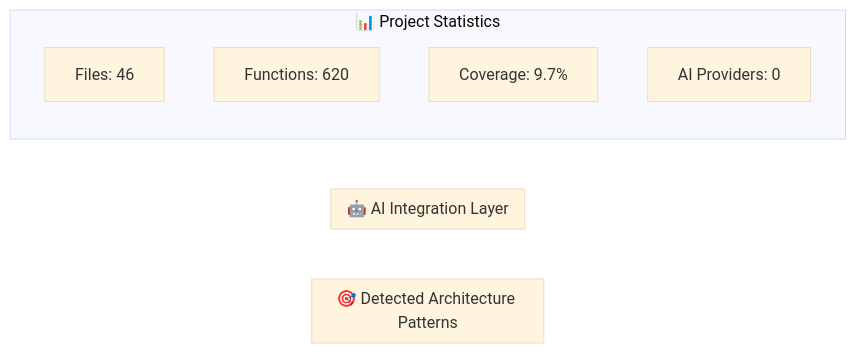
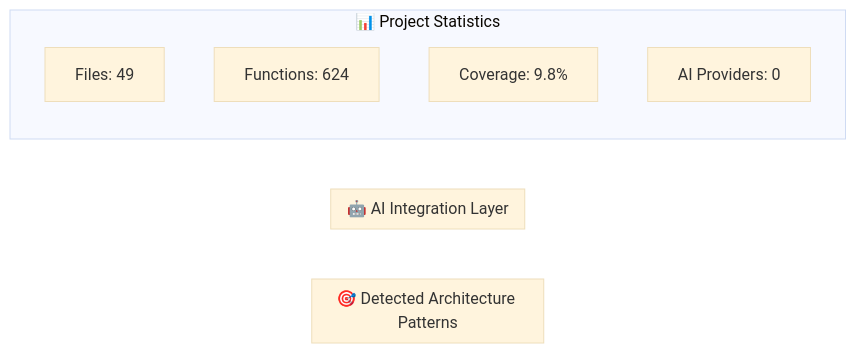
The second of 4 diagrams in ARCHITECTURE_DIAGRAM.md (Spitfire-Products/Arkival-V4), drawn with Mermaid (base theme) before and after one commit. The commit also changed other lines of this file and 16 other files, not shown here.

````diff
--- a/ARCHITECTURE_DIAGRAM.md
+++ b/ARCHITECTURE_DIAGRAM.md
@@ -39,17 +40,17 @@
 ```mermaid
 graph LR
     subgraph "🎯 Detected Architecture Patterns"
         
     end
 
     subgraph "🤖 AI Integration Layer"
         
     end
 
     subgraph "📊 Project Statistics"
-        STATS1[Files: 46]
-        STATS2[Functions: 620]
-        STATS3[Coverage: 9.7%]
+        STATS1[Files: 49]
+        STATS2[Functions: 624]
+        STATS3[Coverage: 9.8%]
         STATS4[AI Providers: 0]
     end
 ```
````
